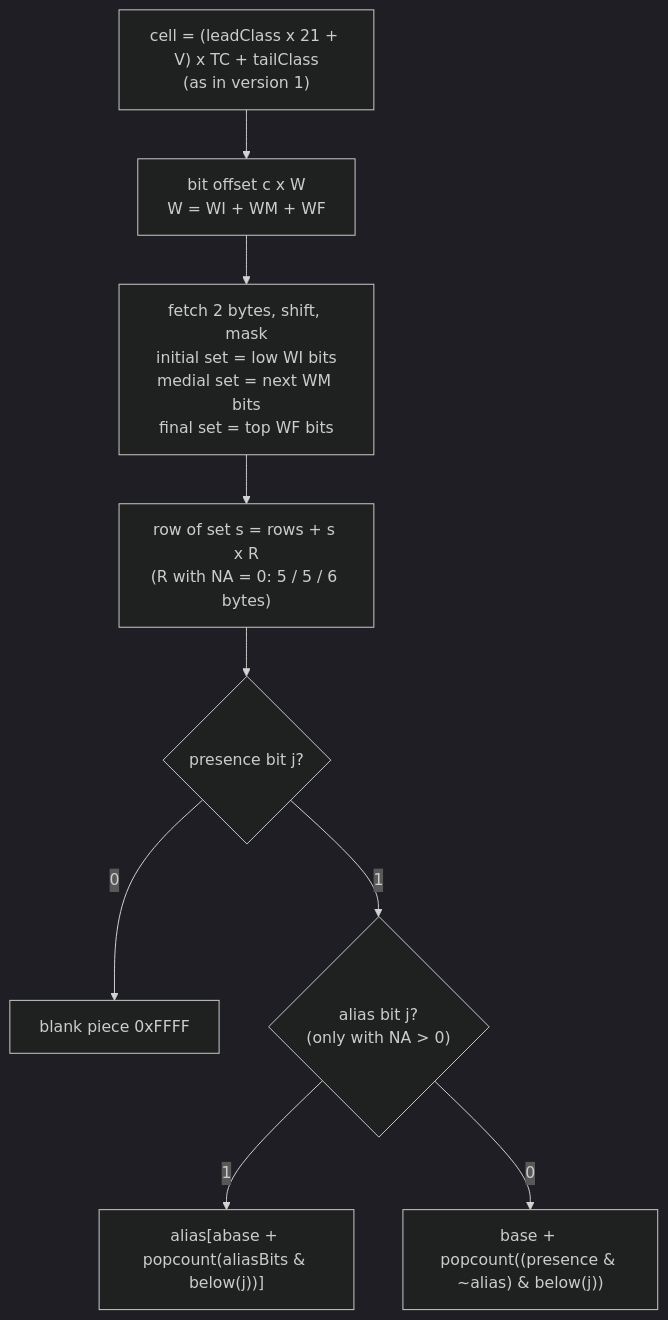
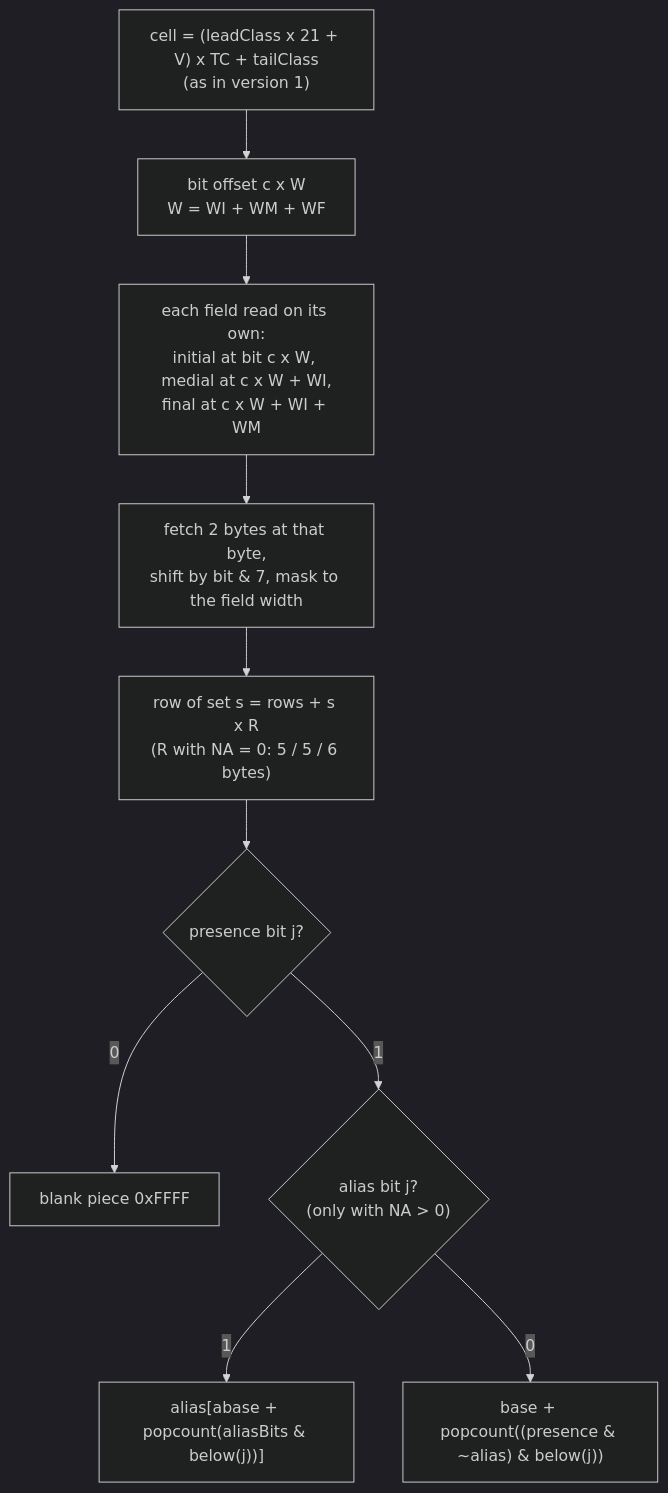
Diagram 15 of 26 in docs/jamo-sets.md (TaehyunKimLL/svf-fonts-open), drawn with Mermaid (dark theme) before and after one commit. The commit also changed other lines of this file and 1 other file, not shown here.

````diff
--- a/docs/jamo-sets.md
+++ b/docs/jamo-sets.md
@@ -711,11 +718,12 @@
 ```mermaid
 flowchart TD
   A["cell = (leadClass x 21 + V) x TC + tailClass<br/>(as in version 1)"] --> B["bit offset c x W<br/>W = WI + WM + WF"]
-  B --> C["fetch 2 bytes, shift, mask<br/>initial set = low WI bits<br/>medial set = next WM bits<br/>final set = top WF bits"]
-  C --> D["row of set s = rows + s x R<br/>(R with NA = 0: 5 / 5 / 6 bytes)"]
+  B --> C["each field read on its own:<br/>initial at bit c x W, medial at c x W + WI,<br/>final at c x W + WI + WM"]
+  C --> C2["fetch 2 bytes at that byte,<br/>shift by bit & 7, mask to the field width"]
+  C2 --> D["row of set s = rows + s x R<br/>(R with NA = 0: 5 / 5 / 6 bytes)"]
   D --> E{"presence bit j?"}
   E -->|0| X["blank piece 0xFFFF"]
   E -->|1| F{"alias bit j?<br/>(only with NA > 0)"}
   F -->|1| G["alias[abase + popcount(aliasBits & below(j))]"]
   F -->|0| H["base + popcount((presence & ~alias) & below(j))"]
 ```
````
